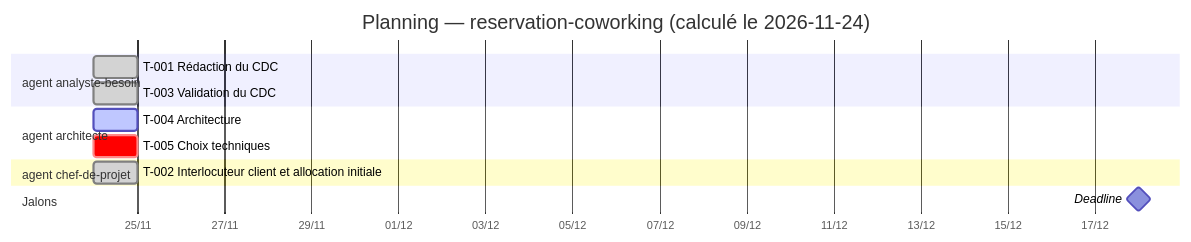
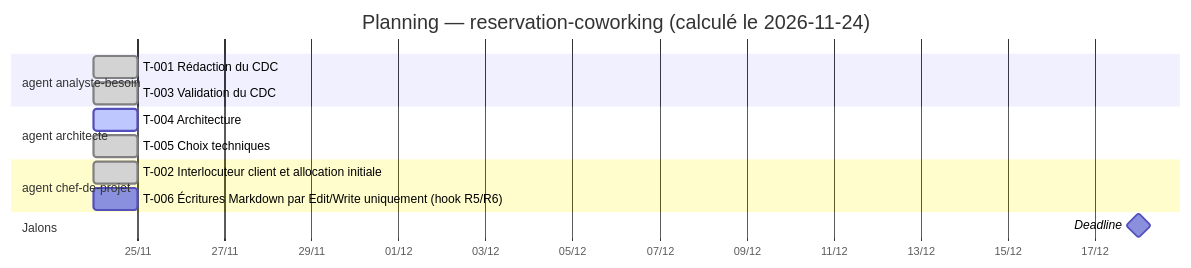
One commit to LopezMat/tpGestionProjet changed the diagram in projets/reservation-coworking/TABLEAU.md. Above: the diagram before and after it, drawn with Mermaid. The commit also changed other lines of this file and 5 other files, not shown here.

Commit message:
reservation-coworking: architecture repassée en EN_REVUE pour la v0.4 (R6)

````diff
--- a/projets/reservation-coworking/TABLEAU.md
+++ b/projets/reservation-coworking/TABLEAU.md
@@ -67,16 +65,17 @@
 ```mermaid
 gantt
     title Planning — reservation-coworking (calculé le 2026-11-24)
     dateFormat YYYY-MM-DD
     axisFormat %d/%m
     section agent analyste-besoin
     T-001 Rédaction du CDC :done, t001, 2026-11-24, 2026-11-25
     T-003 Validation du CDC :done, t003, 2026-11-24, 2026-11-25
     section agent architecte
     T-004 Architecture :active, t004, 2026-11-24, 2026-11-25
-    T-005 Choix techniques :crit, t005, 2026-11-24, 2026-11-25
+    T-005 Choix techniques :done, t005, 2026-11-24, 2026-11-25
     section agent chef-de-projet
     T-002 Interlocuteur client et allocation initiale :done, t002, 2026-11-24, 2026-11-25
+    T-006 Écritures Markdown par Edit/Write uniquement (hook R5/R6) :t006, 2026-11-24, 2026-11-25
     section Jalons
     Deadline :milestone, deadline, 2026-12-18, 0d
 ```
````
